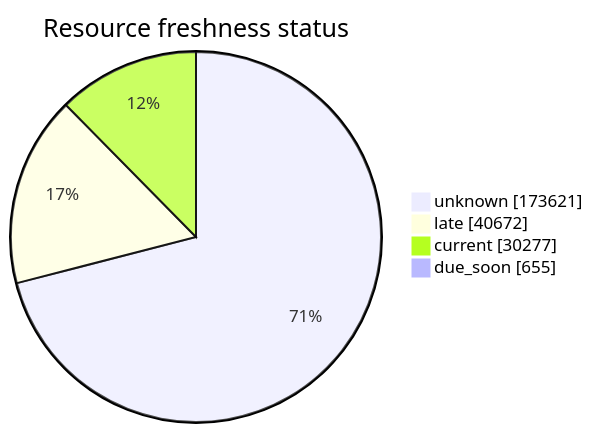
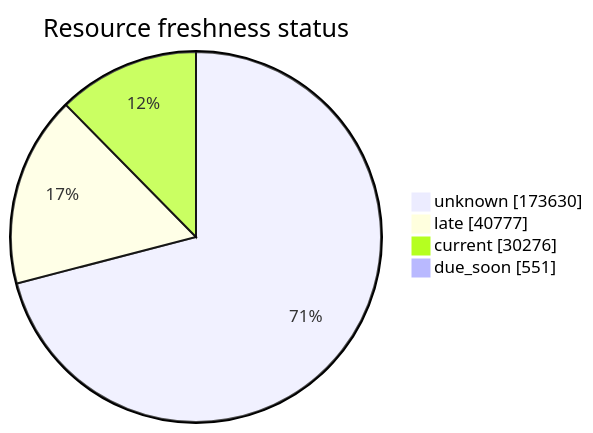
Before and after one commit to open-data/analytics-corporate-reporting: the third of 5 diagrams in FreshCheck/README.md, drawn with Mermaid. The commit also changed other lines of this file and 3 other files, not shown here.

````diff
--- a/FreshCheck/README.md
+++ b/FreshCheck/README.md
@@ -77,7 +77,7 @@
 ```mermaid
 pie showData title Resource freshness status
-    "unknown": 173621
-    "late": 40672
-    "current": 30277
-    "due_soon": 655
+    "unknown": 173630
+    "late": 40777
+    "current": 30276
+    "due_soon": 551
 ```
````
